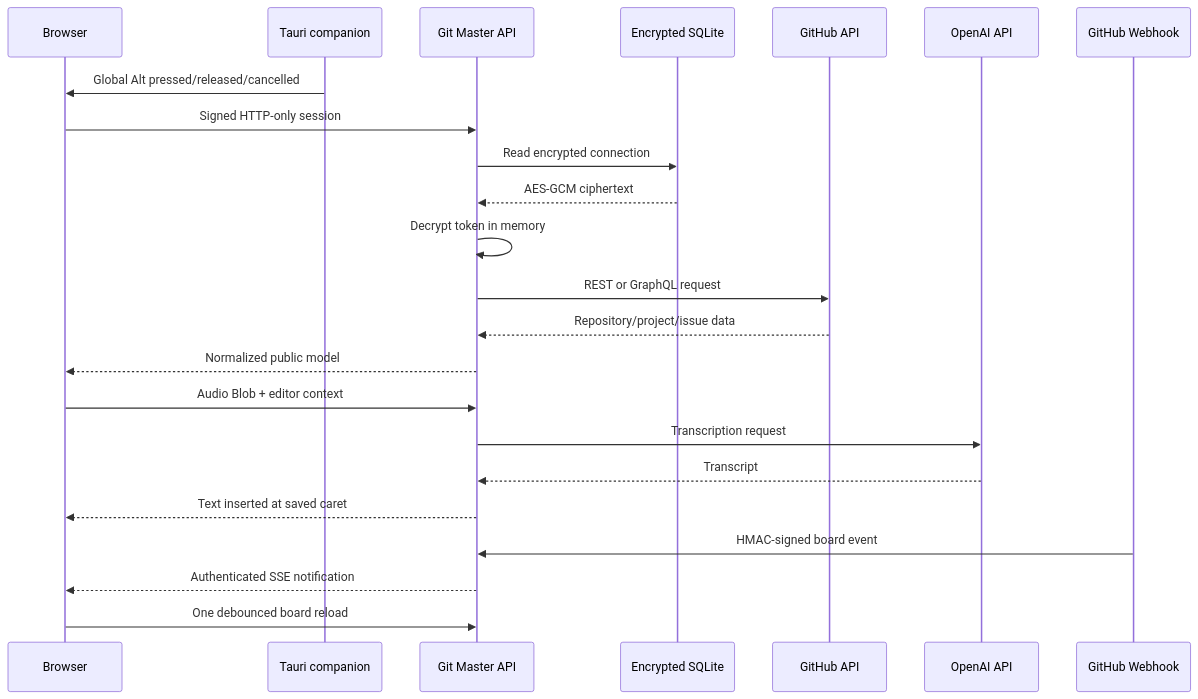
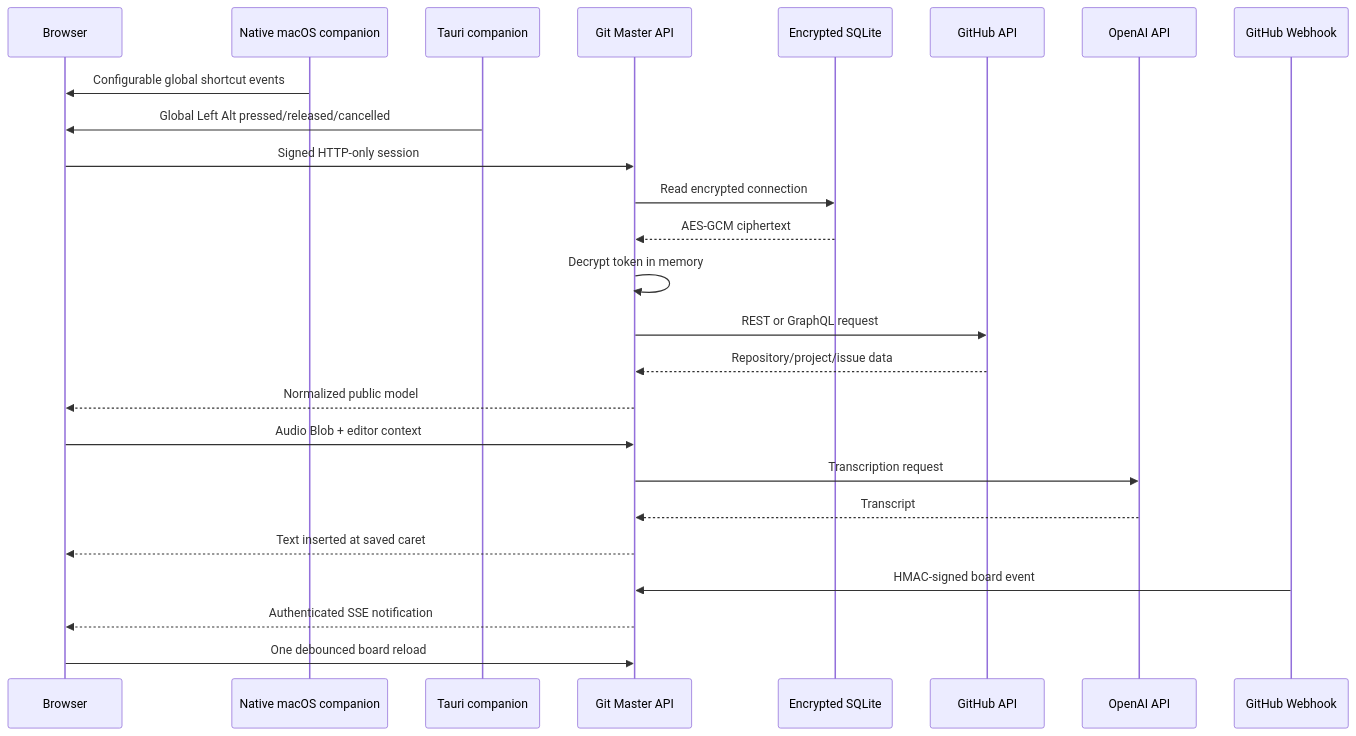
Before and after one commit to AgencyAI-one/GIT_Master: the diagram in docs/ARCHITECTURE.md, drawn with Mermaid. The commit also changed other lines of this file and 34 other files, not shown here.

Commit message:
feat: add native macOS companion

````diff
--- a/docs/ARCHITECTURE.md
+++ b/docs/ARCHITECTURE.md
@@ -7,26 +7,28 @@
 ```mermaid
 sequenceDiagram
   participant U as Browser
+  participant M as Native macOS companion
   participant T as Tauri companion
   participant A as Git Master API
   participant D as Encrypted SQLite
   participant G as GitHub API
   participant O as OpenAI API
   participant W as GitHub Webhook
 
-  T->>U: Global Alt pressed/released/cancelled
+  M->>U: Configurable global shortcut events
+  T->>U: Global Left Alt pressed/released/cancelled
   U->>A: Signed HTTP-only session
   A->>D: Read encrypted connection
   D-->>A: AES-GCM ciphertext
   A->>A: Decrypt token in memory
   A->>G: REST or GraphQL request
   G-->>A: Repository/project/issue data
   A-->>U: Normalized public model
   U->>A: Audio Blob + editor context
   A->>O: Transcription request
   O-->>A: Transcript
   A-->>U: Text inserted at saved caret
   W->>A: HMAC-signed board event
   A-->>U: Authenticated SSE notification
   U->>A: One debounced board reload
 ```
````
